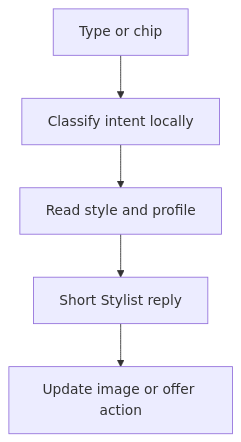
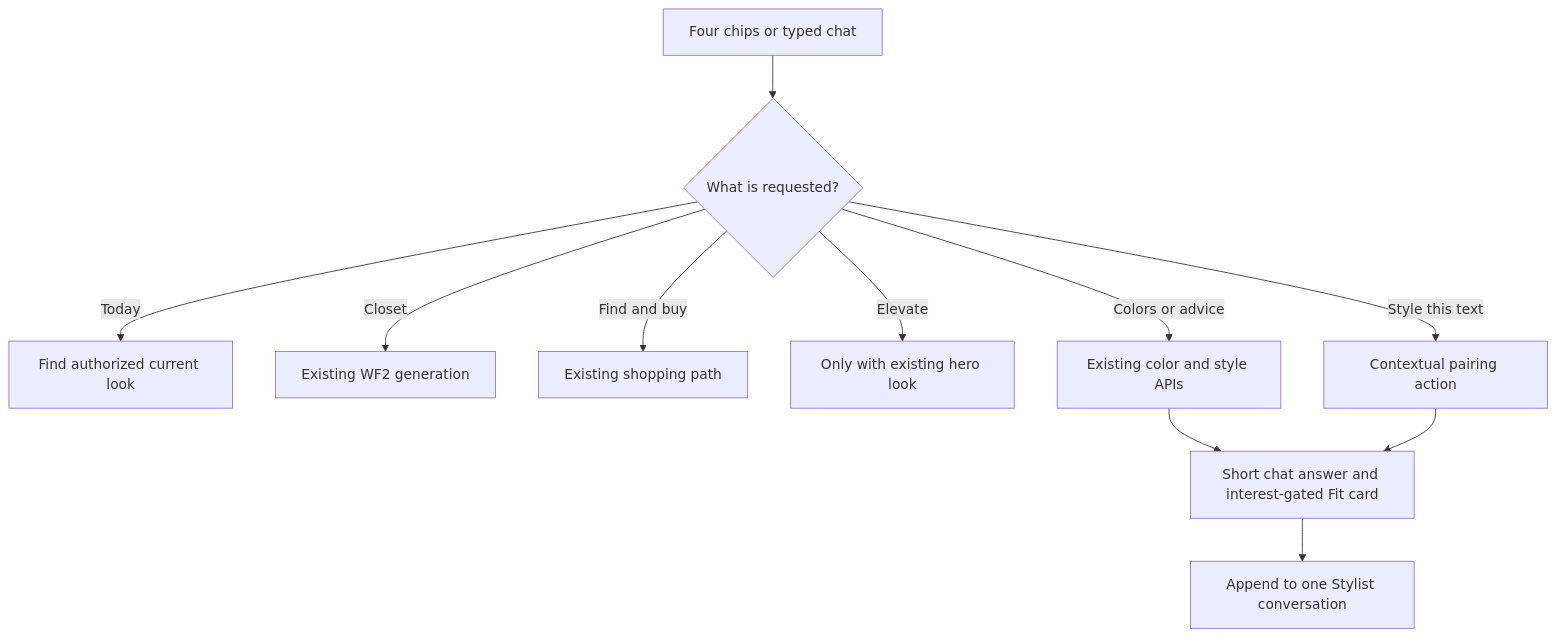
The third of 10 diagrams in studio/ideas/stylit-agent/dev.md (killbill2792/studio), drawn with Mermaid before and after one commit. The commit also changed other lines of this file and 5 other files, not shown here.

Commit message:
Lock final four-chip interaction, contextual styling and no-new-tables plan

````diff
--- a/studio/ideas/stylit-agent/dev.md
+++ b/studio/ideas/stylit-agent/dev.md
@@ -70,7 +72,13 @@
 ```mermaid
 flowchart TD
-  chat[Type or chip] --> intent[Classify intent locally]
-  intent --> signals[Read style and profile]
-  signals --> reply[Short Stylist reply]
-  reply --> action[Update image or offer action]
+  input[Four chips or typed chat] --> intent{What is requested?}
+  intent -->|Today| today[Find authorized current look]
+  intent -->|Closet| wf2[Existing WF2 generation]
+  intent -->|Find and buy| wf4[Existing shopping path]
+  intent -->|Elevate| wf5[Only with existing hero look]
+  intent -->|Style this text| pair[Contextual pairing action]
+  intent -->|Colors or advice| advice[Existing color and style APIs]
+  advice --> inline[Short chat answer and interest-gated Fit card]
+  pair --> inline
+  inline --> history[Append to one Stylist conversation]
 ```
````
